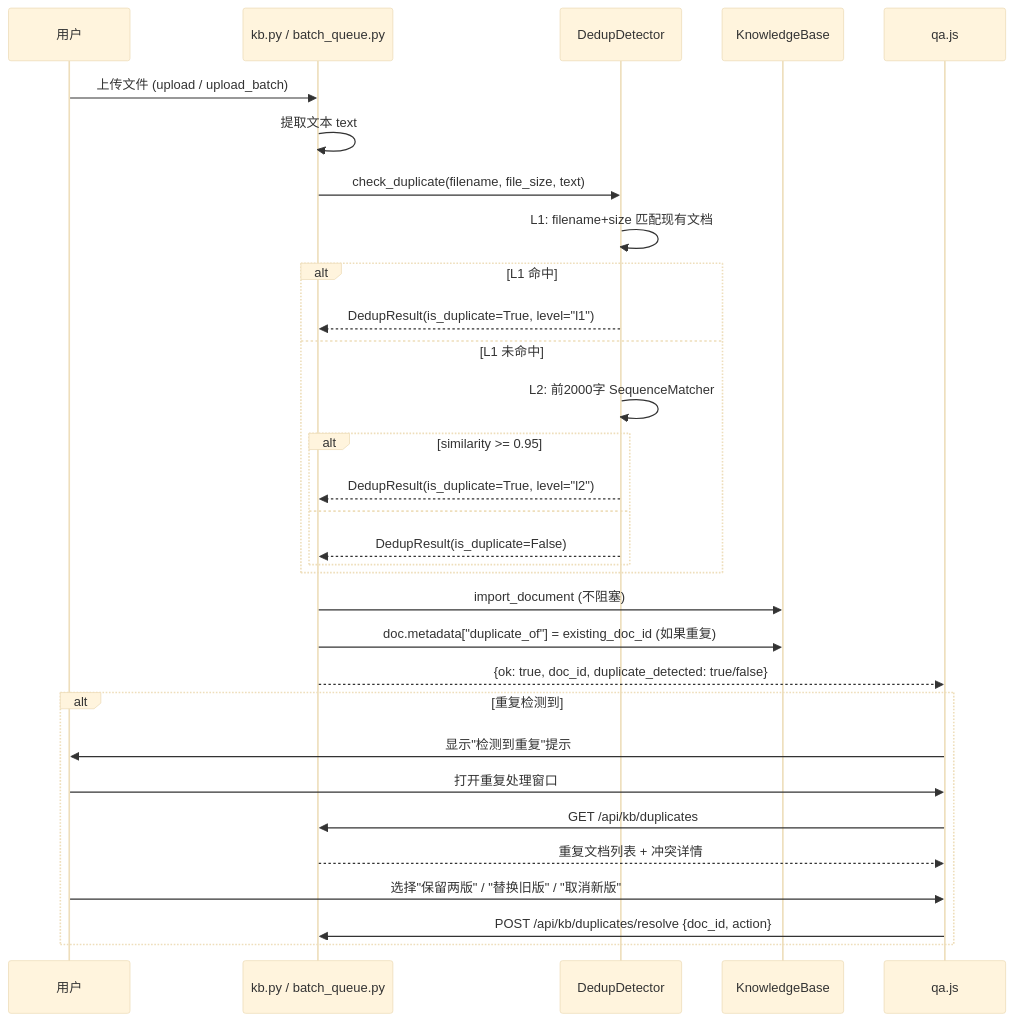
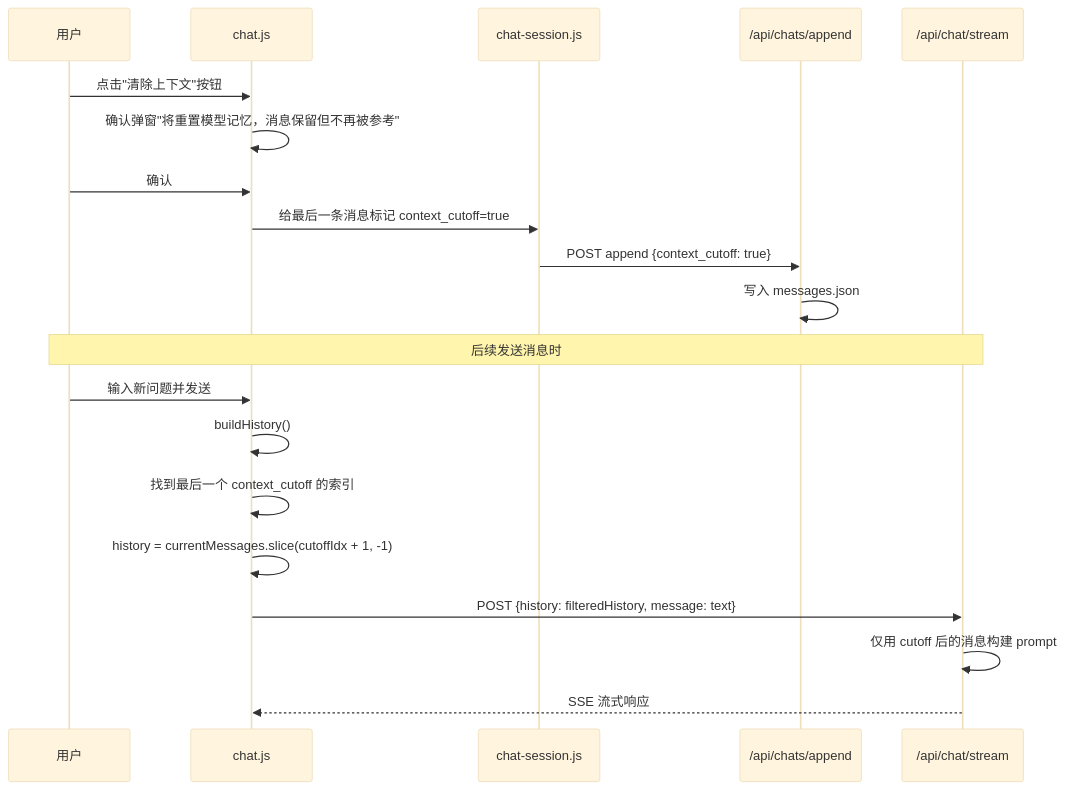
The third of 7 diagrams in docs/system_design.md (zwq871482439/sidemate), drawn with Mermaid (base theme) before and after one commit. The commit also changed other lines of this file and 27 other files, not shown here.

````diff
--- a/docs/system_design.md
+++ b/docs/system_design.md
@@ -353,34 +247,25 @@
 ```mermaid
 sequenceDiagram
     participant U as 用户
-    participant BE as kb.py / batch_queue.py
-    participant DD as DedupDetector
-    participant KB as KnowledgeBase
-    participant FE as qa.js
+    participant Chat as chat.js
+    participant Session as chat-session.js
+    participant API as /api/chats/append
+    participant Stream as /api/chat/stream
 
-    U->>BE: 上传文件 (upload / upload_batch)
-    BE->>BE: 提取文本 text
-    BE->>DD: check_duplicate(filename, file_size, text)
-    DD->>DD: L1: filename+size 匹配现有文档
-    alt L1 命中
-        DD-->>BE: DedupResult(is_duplicate=True, level="l1")
-    else L1 未命中
-        DD->>DD: L2: 前2000字 SequenceMatcher
-        alt similarity >= 0.95
-            DD-->>BE: DedupResult(is_duplicate=True, level="l2")
-        else
-            DD-->>BE: DedupResult(is_duplicate=False)
-        end
-    end
-    BE->>KB: import_document (不阻塞)
-    BE->>KB: doc.metadata["duplicate_of"] = existing_doc_id (如果重复)
-    BE-->>FE: {ok: true, doc_id, duplicate_detected: true/false}
-    alt 重复检测到
-        FE->>U: 显示"检测到重复"提示
-        U->>FE: 打开重复处理窗口
-        FE->>BE: GET /api/kb/duplicates
-        BE-->>FE: 重复文档列表 + 冲突详情
-        U->>FE: 选择"保留两版" / "替换旧版" / "取消新版"
-        FE->>BE: POST /api/kb/duplicates/resolve {doc_id, action}
-    end
+    U->>Chat: 点击"清除上下文"按钮
+    Chat->>Chat: 确认弹窗"将重置模型记忆，消息保留但不再被参考"
+    U->>Chat: 确认
+    Chat->>Session: 给最后一条消息标记 context_cutoff=true
+    Session->>API: POST append {context_cutoff: true}
+    API->>API: 写入 messages.json
+
+    Note over U,Stream: 后续发送消息时
+
+    U->>Chat: 输入新问题并发送
+    Chat->>Chat: buildHistory()
+    Chat->>Chat: 找到最后一个 context_cutoff 的索引
+    Chat->>Chat: history = currentMessages.slice(cutoffIdx + 1, -1)
+    Chat->>Stream: POST {history: filteredHistory, message: text}
+    Stream->>Stream: 仅用 cutoff 后的消息构建 prompt
+    Stream-->>Chat: SSE 流式响应
 ```
````
